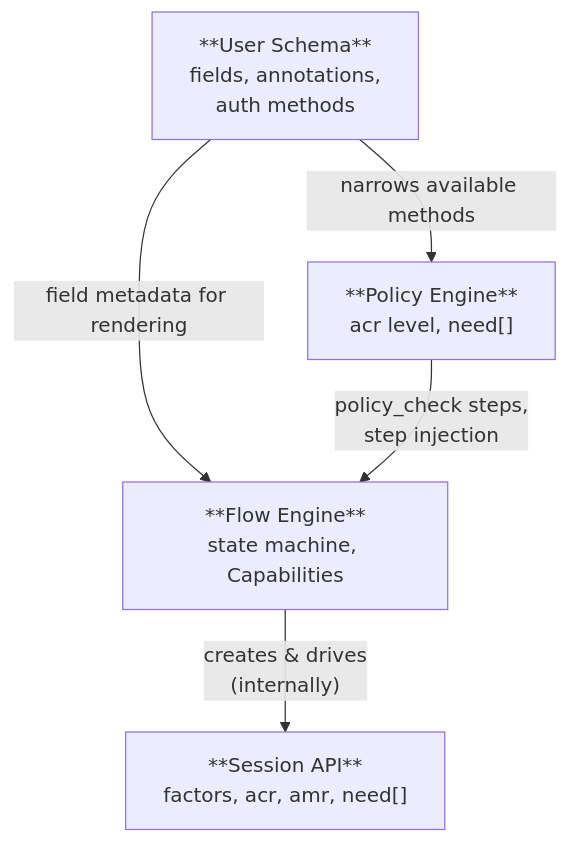
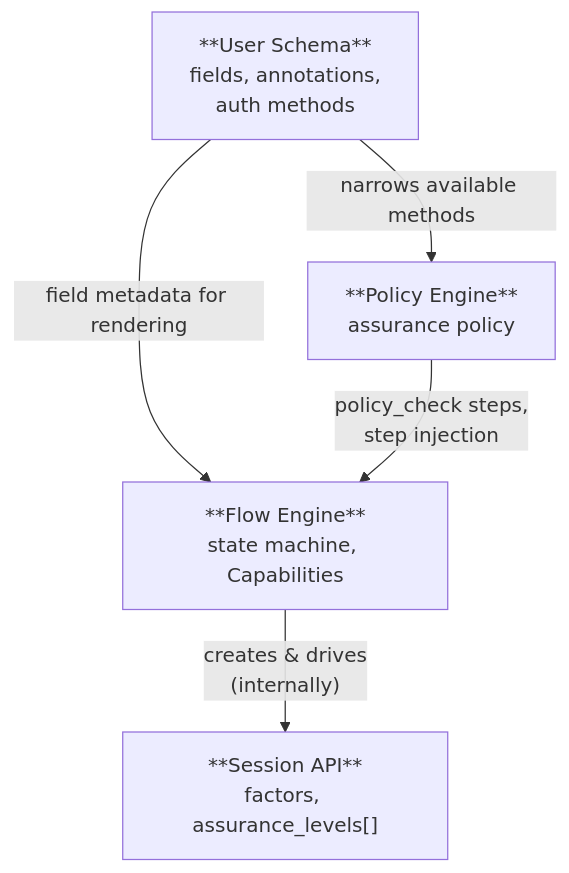
One commit to zitadel/nextgen changed the diagram in docs/design/flowengine/README.md. Above: the diagram before and after it, drawn with Mermaid. The commit also changed other lines of this file and 19 other files, not shown here.

````diff
--- a/docs/design/flowengine/README.md
+++ b/docs/design/flowengine/README.md
@@ -71,12 +71,12 @@
 ```mermaid
 graph TD
     Schema["**User Schema**<br>fields, annotations,<br>auth methods"]
-    Policy["**Policy Engine**<br>acr level, need[]"]
+    Policy["**Policy Engine**<br>assurance policy"]
     Flow["**Flow Engine**<br>state machine, Capabilities"]
-    Session["**Session API**<br>factors, acr, amr, need[]"]
+    Session["**Session API**<br>factors, assurance_levels[]"]
 
     Schema -- "narrows available methods" --> Policy
     Schema -- "field metadata for rendering" --> Flow
     Policy -- "policy_check steps,<br>step injection" --> Flow
     Flow -- "creates & drives<br>(internally)" --> Session
 ```
````
